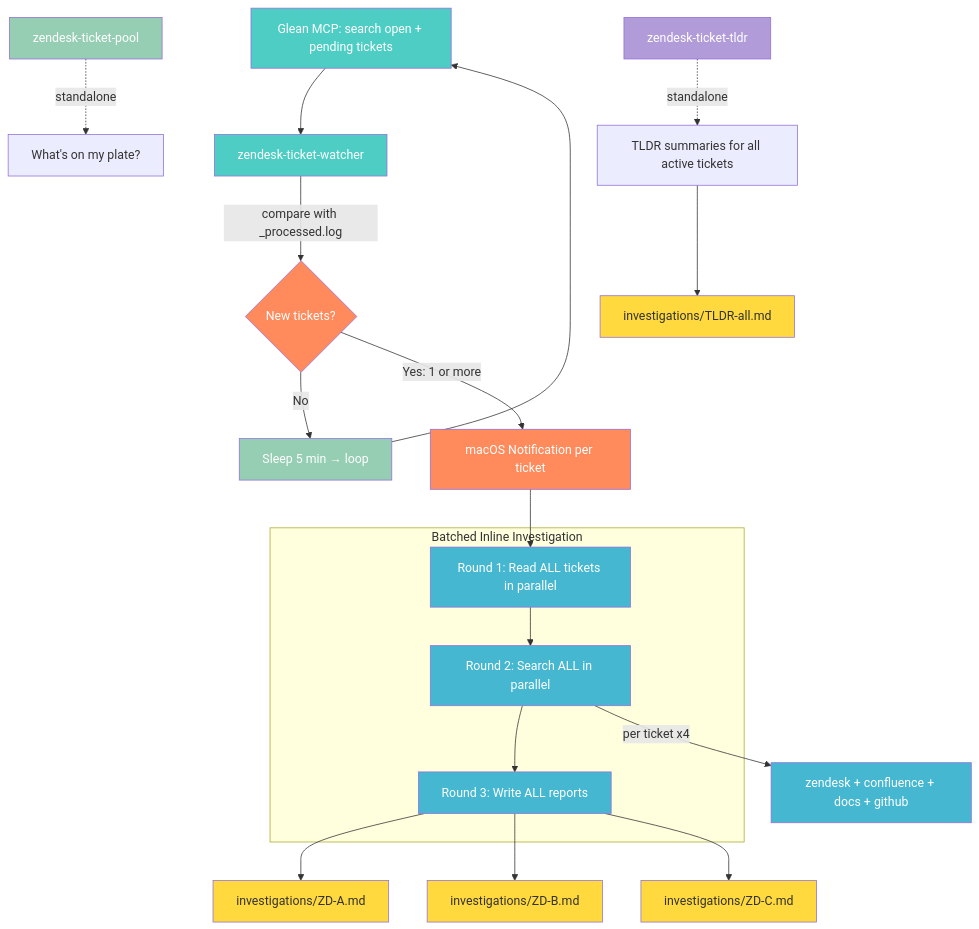
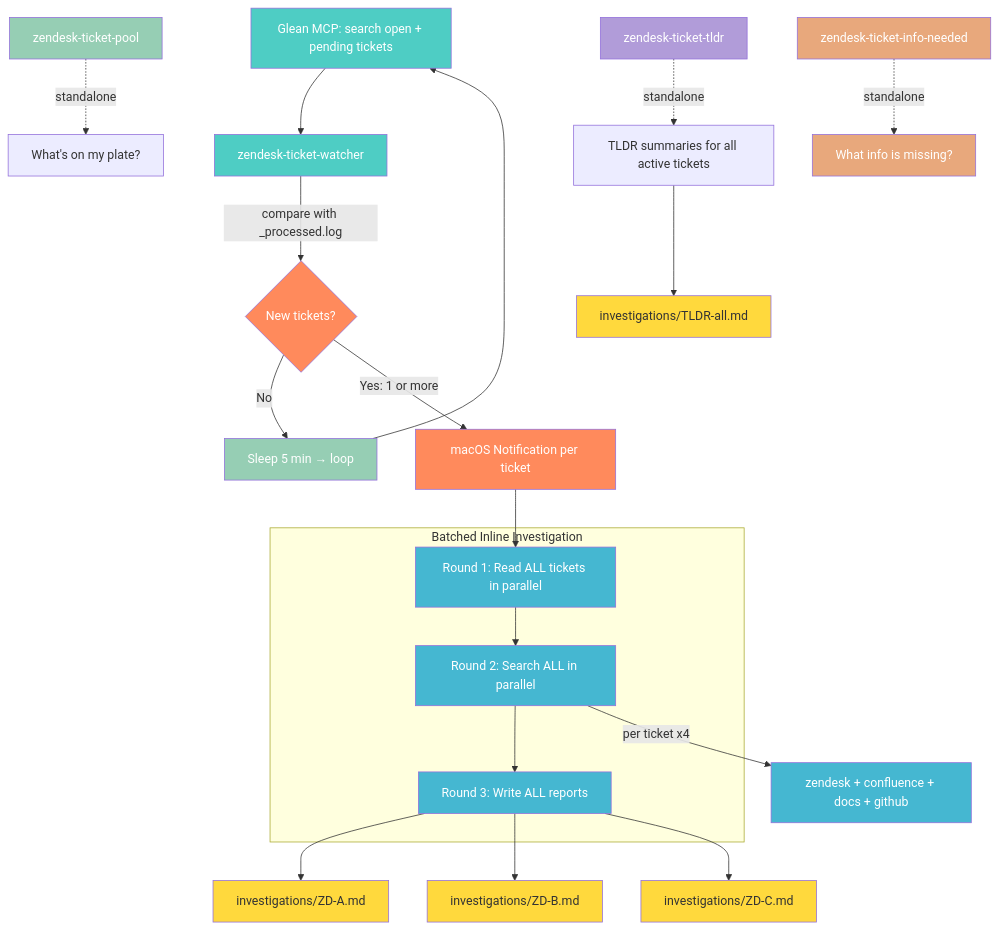
Before and after one commit to ddalexvea/datadog-cursor-diagnose-skills: the diagram in README.md, drawn with Mermaid. The commit also changed other lines of this file, not shown here.

Commit message:
Add zendesk-ticket-info-needed to README
Add skill to available skills table, pipeline diagram, and
pipeline summary table.

Made-with: Cursor

````diff
--- a/README.md
+++ b/README.md
@@ -57,40 +58,43 @@
 ```mermaid
 flowchart TD
     A[Glean MCP: search open + pending tickets] --> B[zendesk-ticket-watcher]
     B -->|compare with _processed.log| C{New tickets?}
     C -->|No| S[Sleep 5 min → loop]
     C -->|Yes: 1 or more| N[macOS Notification per ticket]
     N --> R1
 
     subgraph Batched Inline Investigation
         R1[Round 1: Read ALL tickets in parallel] --> R2[Round 2: Search ALL in parallel]
         R2 --> R3[Round 3: Write ALL reports]
     end
 
     R2 -->|per ticket x4| R2D[zendesk + confluence + docs + github]
     R3 --> F1[investigations/ZD-A.md]
     R3 --> F2[investigations/ZD-B.md]
     R3 --> F3[investigations/ZD-C.md]
 
     S --> A
 
     G[zendesk-ticket-pool] -.->|standalone| H[What's on my plate?]
     T[zendesk-ticket-tldr] -.->|standalone| T1[TLDR summaries for all active tickets]
     T1 --> T2[investigations/TLDR-all.md]
+    I[zendesk-ticket-info-needed] -.->|standalone| I1[What info is missing?]
 
     style A fill:#4ecdc4,color:#fff
     style B fill:#4ecdc4,color:#fff
     style C fill:#ff8a5c,color:#fff
     style N fill:#ff8a5c,color:#fff
     style R1 fill:#45b7d1,color:#fff
     style R2 fill:#45b7d1,color:#fff
     style R3 fill:#45b7d1,color:#fff
     style R2D fill:#45b7d1,color:#fff
     style F1 fill:#ffd93d,color:#333
     style F2 fill:#ffd93d,color:#333
     style F3 fill:#ffd93d,color:#333
     style S fill:#96ceb4,color:#fff
     style G fill:#96ceb4,color:#fff
     style T fill:#b19cd9,color:#fff
     style T2 fill:#ffd93d,color:#333
+    style I fill:#e8a87c,color:#fff
+    style I1 fill:#e8a87c,color:#fff
 ```
````
